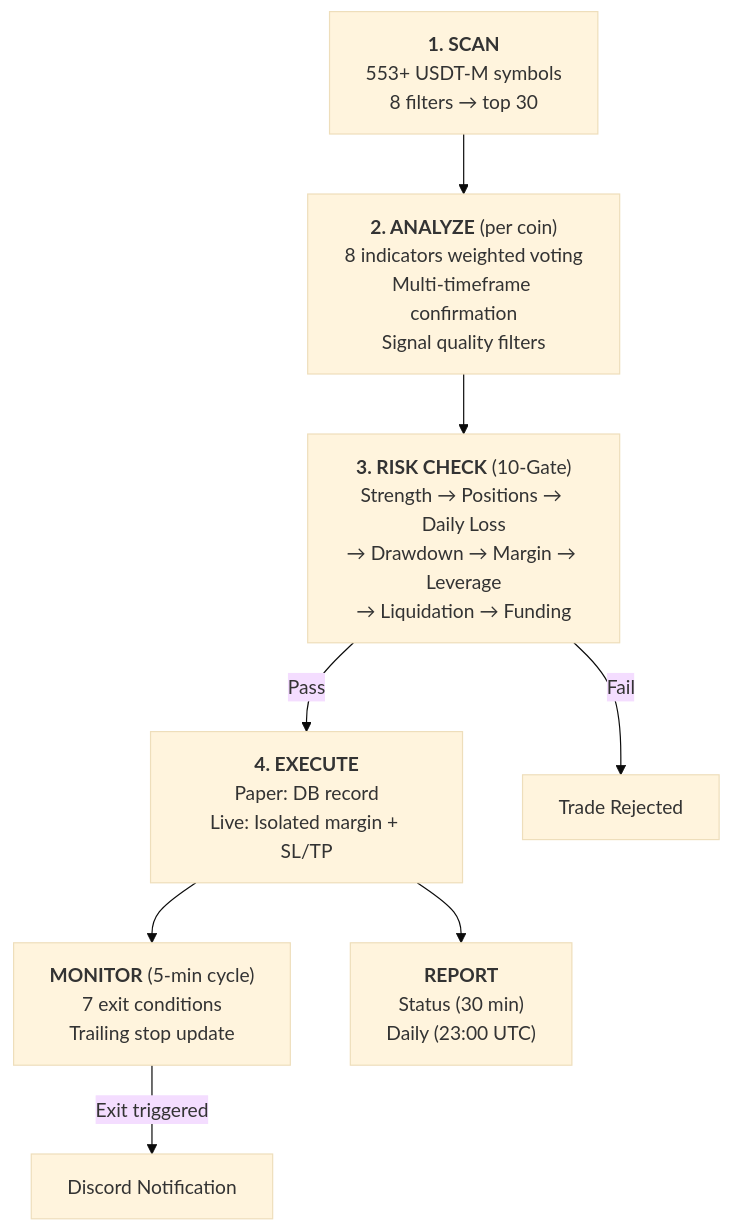
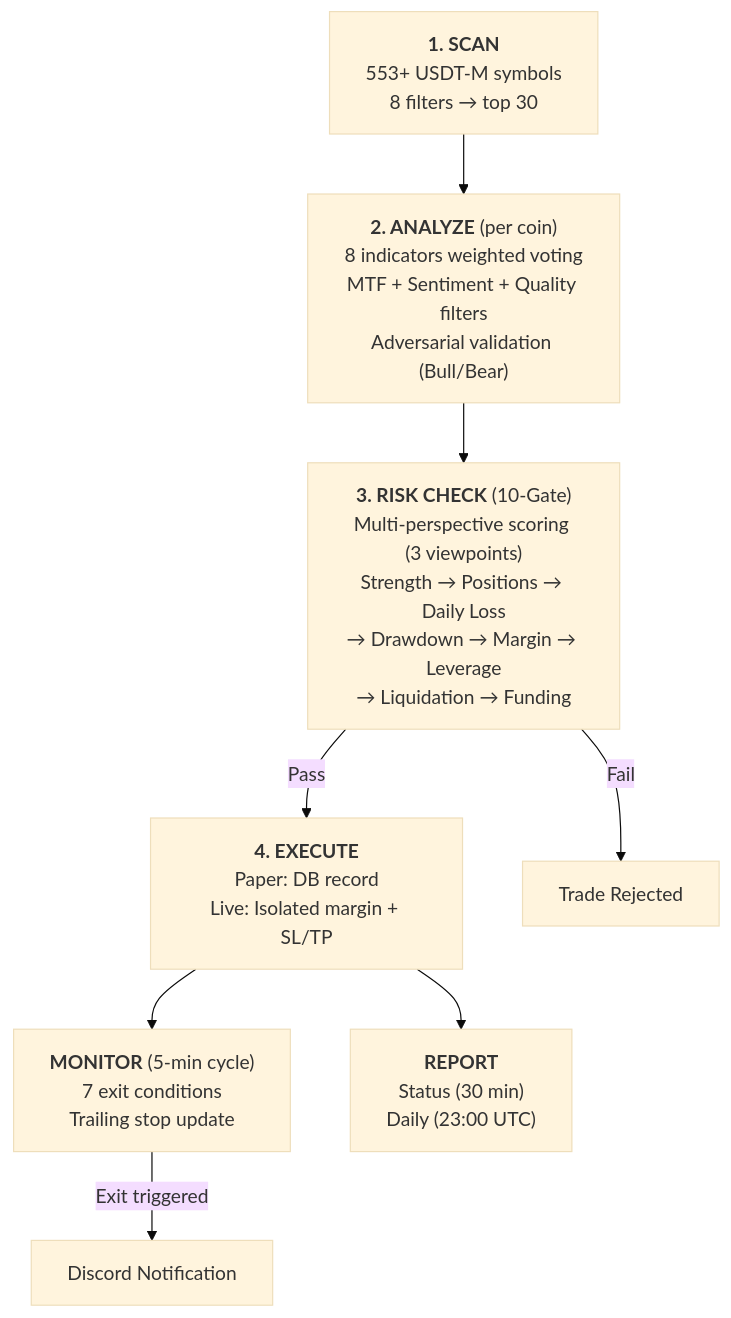
One commit to alton15/binance-futures-bot changed the first of 2 diagrams in README.md. Above: the diagram before and after it, drawn with Mermaid (base theme). The commit also changed other lines of this file and 3 other files, not shown here.

````diff
--- a/README.md
+++ b/README.md
@@ -171,10 +184,10 @@
 ```mermaid
 graph TD
-    SCAN["<b>1. SCAN</b><br/>553+ USDT-M symbols<br/>8 filters → top 30"] --> ANALYZE["<b>2. ANALYZE</b> (per coin)<br/>8 indicators weighted voting<br/>Multi-timeframe confirmation<br/>Signal quality filters"]
-    ANALYZE --> RISK["<b>3. RISK CHECK</b> (10-Gate)<br/>Strength → Positions → Daily Loss<br/>→ Drawdown → Margin → Leverage<br/>→ Liquidation → Funding"]
+    SCAN["<b>1. SCAN</b><br/>553+ USDT-M symbols<br/>8 filters → top 30"] --> ANALYZE["<b>2. ANALYZE</b> (per coin)<br/>8 indicators weighted voting<br/>MTF + Sentiment + Quality filters<br/>Adversarial validation (Bull/Bear)"]
+    ANALYZE --> RISK["<b>3. RISK CHECK</b> (10-Gate)<br/>Multi-perspective scoring (3 viewpoints)<br/>Strength → Positions → Daily Loss<br/>→ Drawdown → Margin → Leverage<br/>→ Liquidation → Funding"]
     RISK -->|Pass| EXEC["<b>4. EXECUTE</b><br/>Paper: DB record<br/>Live: Isolated margin + SL/TP"]
     RISK -->|Fail| REJECT[Trade Rejected]
     EXEC --> MON["<b>MONITOR</b> (5-min cycle)<br/>7 exit conditions<br/>Trailing stop update"]
     EXEC --> REPORT["<b>REPORT</b><br/>Status (30 min)<br/>Daily (23:00 UTC)"]
     MON -->|Exit triggered| DISCORD[Discord Notification]
 ```
````
